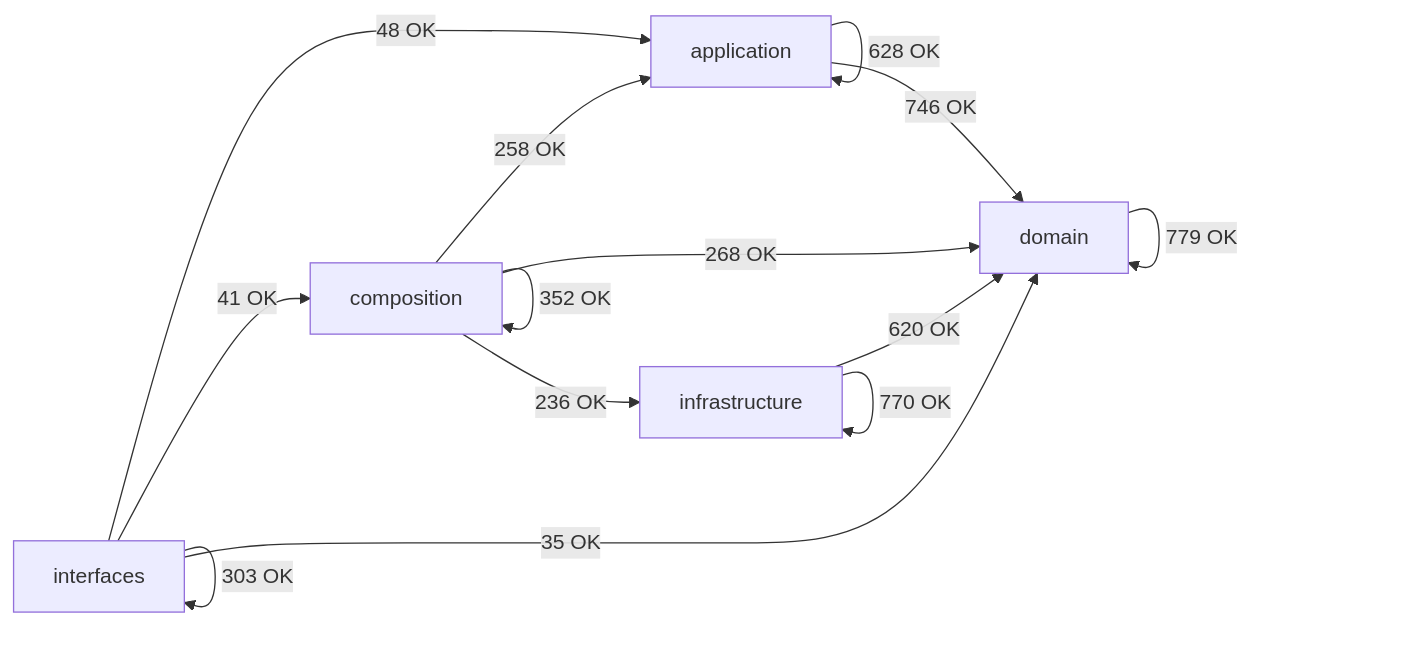
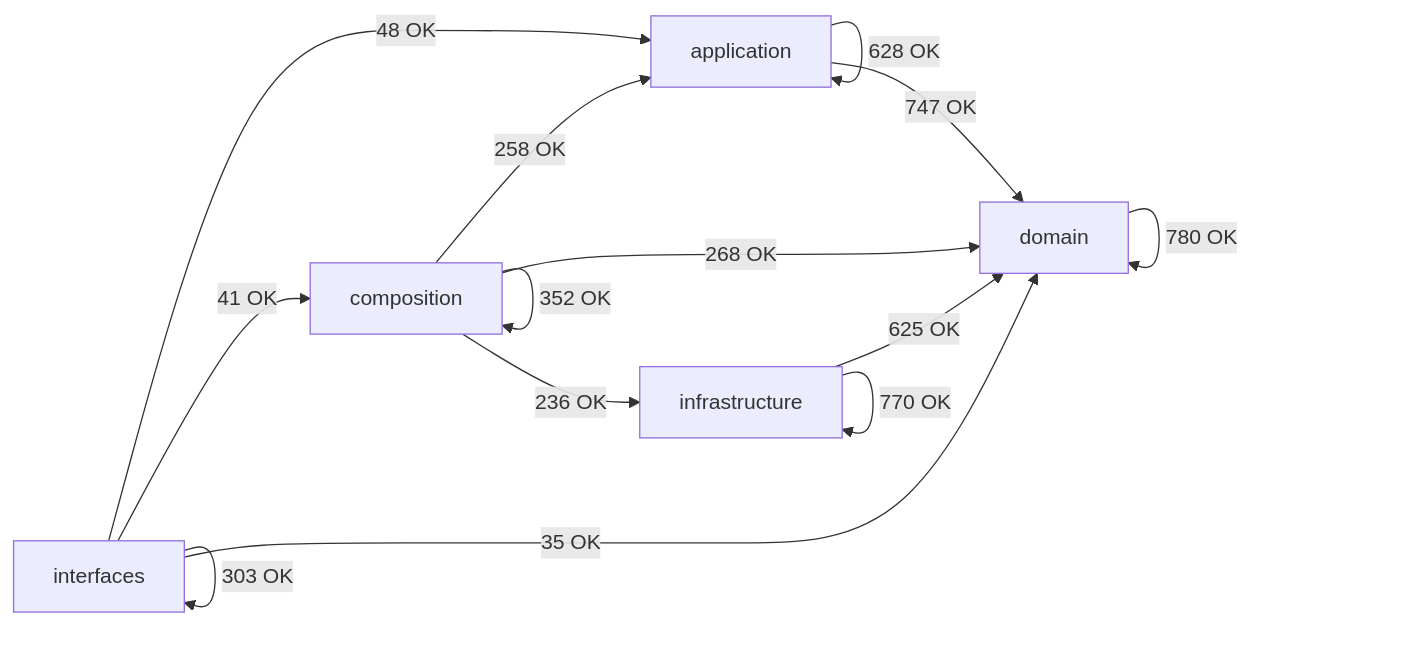
The diagram in docs/02-architecture/generated/module-dependency-map.md (SatoryKono/BioactivityDataAcquisition), drawn with Mermaid before and after one commit. The commit also changed other lines of this file and 219 other files, not shown here.

````diff
--- a/docs/02-architecture/generated/module-dependency-map.md
+++ b/docs/02-architecture/generated/module-dependency-map.md
@@ -17,21 +17,21 @@
 ```mermaid
 flowchart LR
     domain[domain]
     application[application]
     infrastructure[infrastructure]
     composition[composition]
     interfaces[interfaces]
     application -->|628 OK| application
-    application -->|746 OK| domain
+    application -->|747 OK| domain
     composition -->|258 OK| application
     composition -->|352 OK| composition
     composition -->|268 OK| domain
     composition -->|236 OK| infrastructure
-    domain -->|779 OK| domain
-    infrastructure -->|620 OK| domain
+    domain -->|780 OK| domain
+    infrastructure -->|625 OK| domain
     infrastructure -->|770 OK| infrastructure
     interfaces -->|48 OK| application
     interfaces -->|41 OK| composition
     interfaces -->|35 OK| domain
     interfaces -->|303 OK| interfaces
 ```
````
